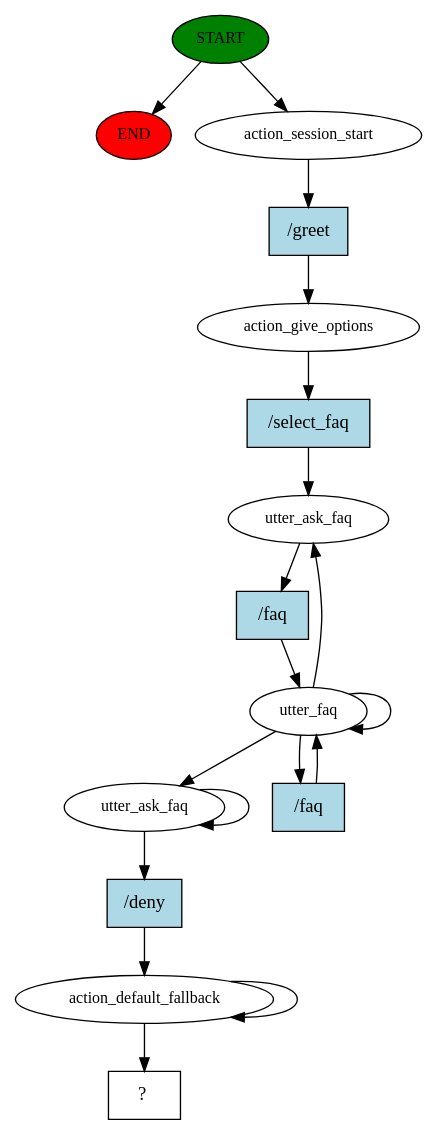
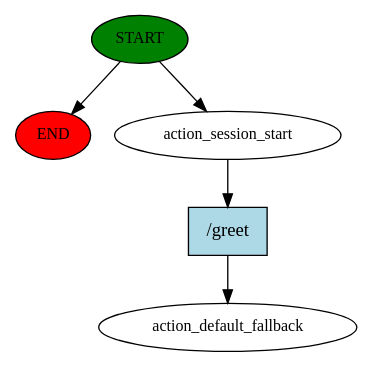
One commit to Prabhakar129/Public_Grievance_App changed the diagram in chatbot/story_graph.dot. Above: the diagram before and after it, drawn with Graphviz. The commit also changed 60 other files, not shown here.

```diff
--- a/chatbot/story_graph.dot
+++ b/chatbot/story_graph.dot
@@ -1,34 +1,11 @@
 digraph  {
 0 [class="start active", fillcolor=green, fontsize=12, label=START, style=filled];
 "-1" [class=end, fillcolor=red, fontsize=12, label=END, style=filled];
 1 [class=active, fontsize=12, label=action_session_start];
-2 [class=active, fontsize=12, label=action_give_options];
-3 [class=active, fontsize=12, label=utter_ask_faq];
-4 [class=active, fontsize=12, label=utter_faq];
-11 [class=active, fontsize=12, label=utter_ask_faq];
-13 [class=active, fontsize=12, label=action_default_fallback];
-16 [class="intent dashed active", label="  ?  ", shape=rect];
-17 [class="intent active", fillcolor=lightblue, label="/greet", shape=rect, style=filled];
-18 [class="intent active", fillcolor=lightblue, label="/select_faq", shape=rect, style=filled];
-19 [class="intent active", fillcolor=lightblue, label="/faq", shape=rect, style=filled];
-20 [class="intent active", fillcolor=lightblue, label="/faq", shape=rect, style=filled];
-21 [class="intent active", fillcolor=lightblue, label="/deny", shape=rect, style=filled];
+2 [class="dashed active", fontsize=12, label=action_default_fallback];
+3 [class="intent active", fillcolor=lightblue, label="/greet", shape=rect, style=filled];
 0 -> "-1"  [class="", key=NONE, label=""];
 0 -> 1  [class=active, key=NONE, label=""];
-1 -> 17  [class=active, key=0];
-2 -> 18  [class=active, key=0];
-3 -> 19  [class=active, key=0];
-4 -> 3  [class=active, key=NONE, label=""];
-4 -> 11  [class=active, key=NONE, label=""];
-4 -> 4  [class=active, key=NONE, label=""];
-4 -> 20  [class=active, key=0];
-11 -> 11  [class=active, key=NONE, label=""];
-11 -> 21  [class=active, key=0];
-13 -> 13  [class=active, key=NONE, label=""];
-13 -> 16  [class=active, key=NONE, label=""];
-17 -> 2  [class=active, key=0];
-18 -> 3  [class=active, key=0];
-19 -> 4  [class=active, key=0];
-20 -> 4  [class=active, key=0];
-21 -> 13  [class=active, key=0];
+1 -> 3  [class=active, key=0];
+3 -> 2  [class=active, key=0];
 }
```
